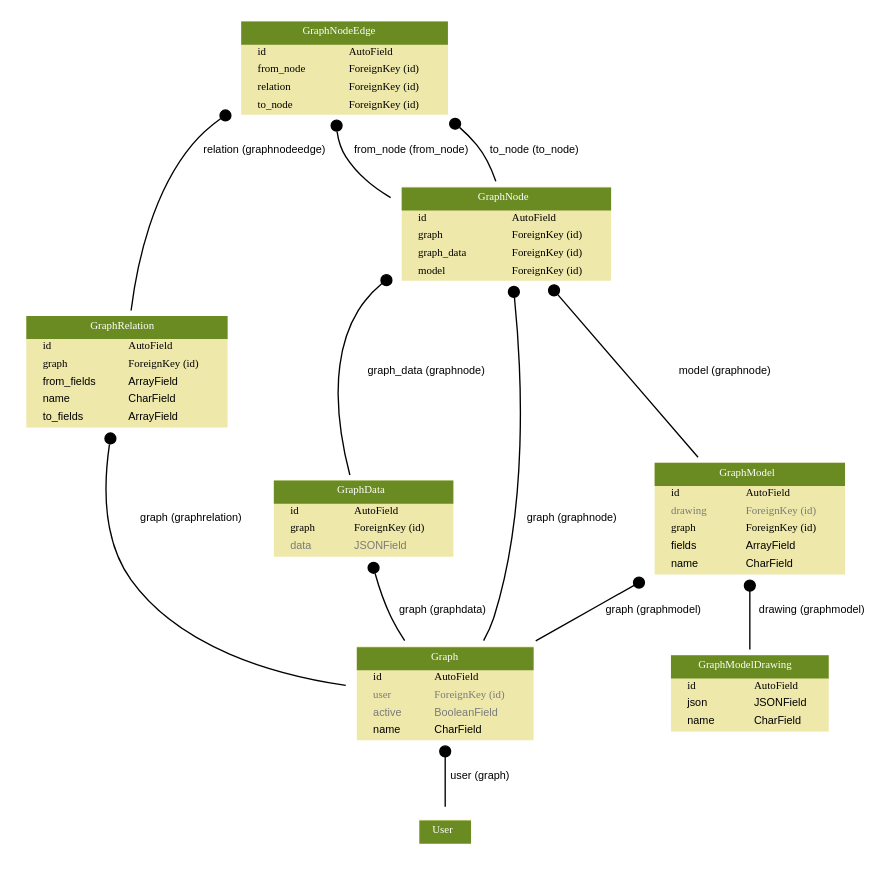
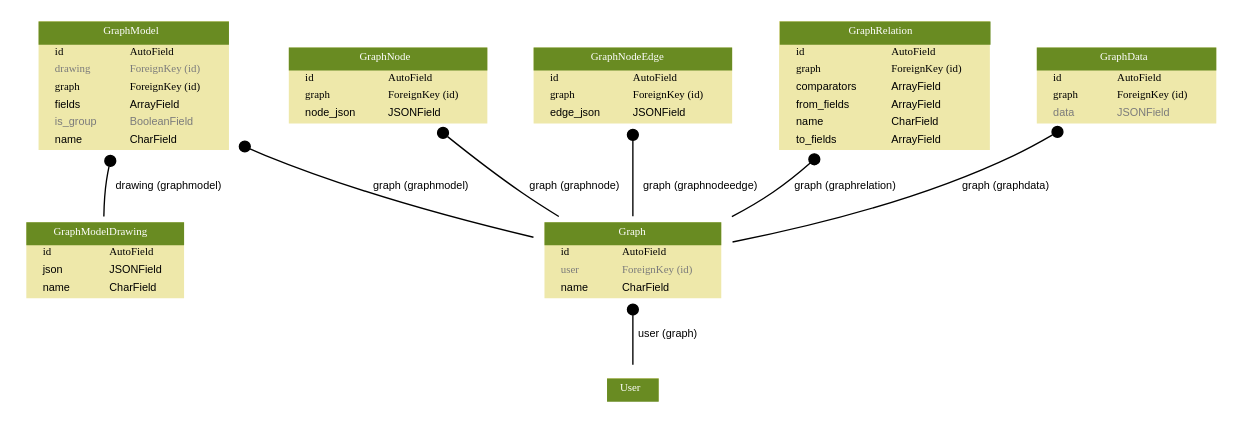
The diagram in data_graph.dot (antonioiksi/backend), drawn with Graphviz before and after one commit. The commit also changed 12 other files, not shown here.

```diff
--- a/data_graph.dot
+++ b/data_graph.dot
@@ -1,5 +1,5 @@
 digraph model_graph {
-	graph [bb="0,0,575.82,588",
+	graph [bb="0,0,838,280",
 		fontname=Helvetica,
 		fontsize=8,
 		splines=true
@@ -12,49 +12,7 @@
 	edge [fontname=Helvetica,
 		fontsize=8
 	];
-	apps_data_graph_models_GraphRelation_GraphRelation	 [height=1.1667,
-		label=<
-    <TABLE BGCOLOR="palegoldenrod" BORDER="0" CELLBORDER="0" CELLSPACING="0">
-    <TR><TD COLSPAN="2" CELLPADDING="4" ALIGN="CENTER" BGCOLOR="olivedrab4">
-    <FONT FACE="Helvetica Bold" COLOR="white">
-    GraphRelation
-    </FONT></TD></TR>
-  
-    <TR><TD ALIGN="LEFT" BORDER="0">
-    <FONT FACE="Helvetica Bold">id</FONT>
-    </TD><TD ALIGN="LEFT">
-    <FONT FACE="Helvetica Bold">AutoField</FONT>
-    </TD></TR>
-  
-    <TR><TD ALIGN="LEFT" BORDER="0">
-    <FONT FACE="Helvetica Bold">graph</FONT>
-    </TD><TD ALIGN="LEFT">
-    <FONT FACE="Helvetica Bold">ForeignKey (id)</FONT>
-    </TD></TR>
-  
-    <TR><TD ALIGN="LEFT" BORDER="0">
-    <FONT FACE="Helvetica ">from_fields</FONT>
-    </TD><TD ALIGN="LEFT">
-    <FONT FACE="Helvetica ">ArrayField</FONT>
-    </TD></TR>
-  
-    <TR><TD ALIGN="LEFT" BORDER="0">
-    <FONT FACE="Helvetica ">name</FONT>
-    </TD><TD ALIGN="LEFT">
-    <FONT FACE="Helvetica ">CharField</FONT>
-    </TD></TR>
-  
-    <TR><TD ALIGN="LEFT" BORDER="0">
-    <FONT FACE="Helvetica ">to_fields</FONT>
-    </TD><TD ALIGN="LEFT">
-    <FONT FACE="Helvetica ">ArrayField</FONT>
-    </TD></TR>
-  
-    </TABLE>
-    >,
-		pos="78,340",
-		width=2.1667];
-	apps_data_graph_models_model_graph_Graph	 [height=1,
+	apps_data_graph_models_Graph_Graph	 [height=0.83333,
 		label=<
     <TABLE BGCOLOR="palegoldenrod" BORDER="0" CELLBORDER="0" CELLSPACING="0">
     <TR><TD COLSPAN="2" CELLPADDING="4" ALIGN="CENTER" BGCOLOR="olivedrab4">
@@ -75,12 +33,6 @@
     </TD></TR>
   
     <TR><TD ALIGN="LEFT" BORDER="0">
-    <FONT COLOR="#7B7B7B" FACE="Helvetica ">active</FONT>
-    </TD><TD ALIGN="LEFT">
-    <FONT COLOR="#7B7B7B" FACE="Helvetica ">BooleanField</FONT>
-    </TD></TR>
-  
-    <TR><TD ALIGN="LEFT" BORDER="0">
     <FONT FACE="Helvetica ">name</FONT>
     </TD><TD ALIGN="LEFT">
     <FONT FACE="Helvetica ">CharField</FONT>
@@ -88,14 +40,8 @@
   
     </TABLE>
     >,
-		pos="294,116",
-		width=1.9167];
-	apps_data_graph_models_GraphRelation_GraphRelation -> apps_data_graph_models_model_graph_Graph	 [arrowhead=none,
-		arrowtail=dot,
-		dir=both,
-		label="graph (graphrelation)",
-		lp="118.36,238",
-		pos="s,66.899,297.68 65.573,289.48 61.255,259.68 61.453,222.71 80.289,196 97.585,171.48 169.26,147.96 224.89,132.85"];
+		pos="423,110",
+		width=1.9028];
 	django_contrib_auth_models_User	 [height=0.5,
 		label=<
   <TABLE BGCOLOR="palegoldenrod" BORDER="0" CELLBORDER="0" CELLSPACING="0">
@@ -104,15 +50,51 @@
   </TD></TR>
   </TABLE>
   >,
-		pos="294,18",
+		pos="423,18",
 		width=0.75];
-	apps_data_graph_models_model_graph_Graph -> django_contrib_auth_models_User	 [arrowhead=none,
+	apps_data_graph_models_Graph_Graph -> django_contrib_auth_models_User	 [arrowhead=none,
 		arrowtail=dot,
 		dir=both,
 		label="user (graph)",
-		lp="315.79,58",
-		pos="s,294,79.787 294,71.664 294,59.161 294,46.249 294,36.225"];
-	apps_data_graph_models_model_graph_GraphModel	 [height=1.1667,
+		lp="444.79,58",
+		pos="s,423,79.876 423,71.533 423,59.248 423,46.225 423,36.101"];
+	apps_data_graph_models_GraphData_GraphData	 [height=0.83333,
+		label=<
+    <TABLE BGCOLOR="palegoldenrod" BORDER="0" CELLBORDER="0" CELLSPACING="0">
+    <TR><TD COLSPAN="2" CELLPADDING="4" ALIGN="CENTER" BGCOLOR="olivedrab4">
+    <FONT FACE="Helvetica Bold" COLOR="white">
+    GraphData
+    </FONT></TD></TR>
+  
+    <TR><TD ALIGN="LEFT" BORDER="0">
+    <FONT FACE="Helvetica Bold">id</FONT>
+    </TD><TD ALIGN="LEFT">
+    <FONT FACE="Helvetica Bold">AutoField</FONT>
+    </TD></TR>
+  
+    <TR><TD ALIGN="LEFT" BORDER="0">
+    <FONT FACE="Helvetica Bold">graph</FONT>
+    </TD><TD ALIGN="LEFT">
+    <FONT FACE="Helvetica Bold">ForeignKey (id)</FONT>
+    </TD></TR>
+  
+    <TR><TD ALIGN="LEFT" BORDER="0">
+    <FONT COLOR="#7B7B7B" FACE="Helvetica ">data</FONT>
+    </TD><TD ALIGN="LEFT">
+    <FONT COLOR="#7B7B7B" FACE="Helvetica ">JSONField</FONT>
+    </TD></TR>
+  
+    </TABLE>
+    >,
+		pos="768,232",
+		width=1.9444];
+	apps_data_graph_models_GraphData_GraphData -> apps_data_graph_models_Graph_Graph	 [arrowhead=none,
+		arrowtail=dot,
+		dir=both,
+		label="graph (graphdata)",
+		lp="671.02,162",
+		pos="s,723.15,201.97 716.15,197.88 707.3,192.83 698.04,187.98 689,184 624.52,155.58 546.38,135.4 491.54,123.37"];
+	apps_data_graph_models_GraphModel_GraphModel	 [height=1.3333,
 		label=<
     <TABLE BGCOLOR="palegoldenrod" BORDER="0" CELLBORDER="0" CELLSPACING="0">
     <TR><TD COLSPAN="2" CELLPADDING="4" ALIGN="CENTER" BGCOLOR="olivedrab4">
@@ -145,6 +127,12 @@
     </TD></TR>
   
     <TR><TD ALIGN="LEFT" BORDER="0">
+    <FONT COLOR="#7B7B7B" FACE="Helvetica ">is_group</FONT>
+    </TD><TD ALIGN="LEFT">
+    <FONT COLOR="#7B7B7B" FACE="Helvetica ">BooleanField</FONT>
+    </TD></TR>
+  
+    <TR><TD ALIGN="LEFT" BORDER="0">
     <FONT FACE="Helvetica ">name</FONT>
     </TD><TD ALIGN="LEFT">
     <FONT FACE="Helvetica ">CharField</FONT>
@@ -152,15 +140,15 @@
   
     </TABLE>
     >,
-		pos="498,238",
+		pos="76,232",
 		width=2.0556];
-	apps_data_graph_models_model_graph_GraphModel -> apps_data_graph_models_model_graph_Graph	 [arrowhead=none,
+	apps_data_graph_models_GraphModel_GraphModel -> apps_data_graph_models_Graph_Graph	 [arrowhead=none,
 		arrowtail=dot,
 		dir=both,
 		label="graph (graphmodel)",
-		lp="431.13,174",
-		pos="s,427.51,195.84 420.46,191.63 398.55,178.52 375.04,164.47 354.31,152.07"];
-	apps_data_graph_models_model_graph_GraphModelDrawing	 [height=0.83333,
+		lp="270.13,162",
+		pos="s,150.22,190.47 157.64,187.12 160.1,186.04 162.56,184.99 165,184 227.35,158.59 301.52,138.29 354.29,125.42"];
+	apps_data_graph_models_GraphModelDrawing_GraphModelDrawing	 [height=0.83333,
 		label=<
     <TABLE BGCOLOR="palegoldenrod" BORDER="0" CELLBORDER="0" CELLSPACING="0">
     <TR><TD COLSPAN="2" CELLPADDING="4" ALIGN="CENTER" BGCOLOR="olivedrab4">
@@ -188,51 +176,15 @@
   
     </TABLE>
     >,
-		pos="498,116",
+		pos="64,110",
 		width=1.7778];
-	apps_data_graph_models_model_graph_GraphModel -> apps_data_graph_models_model_graph_GraphModelDrawing	 [arrowhead=none,
+	apps_data_graph_models_GraphModel_GraphModel -> apps_data_graph_models_GraphModelDrawing_GraphModelDrawing	 [arrowhead=none,
 		arrowtail=dot,
 		dir=both,
 		label="drawing (graphmodel)",
-		lp="536.91,174",
-		pos="s,498,195.67 498,187.54 498,173.55 498,158.79 498,146.34"];
-	apps_data_graph_models_model_graph_data_GraphData	 [height=0.83333,
-		label=<
-    <TABLE BGCOLOR="palegoldenrod" BORDER="0" CELLBORDER="0" CELLSPACING="0">
-    <TR><TD COLSPAN="2" CELLPADDING="4" ALIGN="CENTER" BGCOLOR="olivedrab4">
-    <FONT FACE="Helvetica Bold" COLOR="white">
-    GraphData
-    </FONT></TD></TR>
-  
-    <TR><TD ALIGN="LEFT" BORDER="0">
-    <FONT FACE="Helvetica Bold">id</FONT>
-    </TD><TD ALIGN="LEFT">
-    <FONT FACE="Helvetica Bold">AutoField</FONT>
-    </TD></TR>
-  
-    <TR><TD ALIGN="LEFT" BORDER="0">
-    <FONT FACE="Helvetica Bold">graph</FONT>
-    </TD><TD ALIGN="LEFT">
-    <FONT FACE="Helvetica Bold">ForeignKey (id)</FONT>
-    </TD></TR>
-  
-    <TR><TD ALIGN="LEFT" BORDER="0">
-    <FONT COLOR="#7B7B7B" FACE="Helvetica ">data</FONT>
-    </TD><TD ALIGN="LEFT">
-    <FONT COLOR="#7B7B7B" FACE="Helvetica ">JSONField</FONT>
-    </TD></TR>
-  
-    </TABLE>
-    >,
-		pos="234,238",
-		width=1.9444];
-	apps_data_graph_models_model_graph_data_GraphData -> apps_data_graph_models_model_graph_Graph	 [arrowhead=none,
-		arrowtail=dot,
-		dir=both,
-		label="graph (graphdata)",
-		lp="293.02,174",
-		pos="s,245.33,207.79 248.35,200.32 252.46,190.33 257.14,179.65 261.96,170 264.88,164.15 268.19,158.07 271.55,152.2"];
-	apps_data_graph_models_model_graph_data_GraphNode	 [height=1,
+		lp="104.91,162",
+		pos="s,67.294,183.8 66.224,175.66 65.827,172.4 65.475,169.16 65.184,166 64.417,157.67 64.032,148.62 63.859,140.27"];
+	apps_data_graph_models_GraphNode_GraphNode	 [height=0.83333,
 		label=<
     <TABLE BGCOLOR="palegoldenrod" BORDER="0" CELLBORDER="0" CELLSPACING="0">
     <TR><TD COLSPAN="2" CELLPADDING="4" ALIGN="CENTER" BGCOLOR="olivedrab4">
@@ -253,40 +205,22 @@
     </TD></TR>
   
     <TR><TD ALIGN="LEFT" BORDER="0">
-    <FONT FACE="Helvetica Bold">graph_data</FONT>
+    <FONT FACE="Helvetica ">node_json</FONT>
     </TD><TD ALIGN="LEFT">
-    <FONT FACE="Helvetica Bold">ForeignKey (id)</FONT>
-    </TD></TR>
-  
-    <TR><TD ALIGN="LEFT" BORDER="0">
-    <FONT FACE="Helvetica Bold">model</FONT>
-    </TD><TD ALIGN="LEFT">
-    <FONT FACE="Helvetica Bold">ForeignKey (id)</FONT>
+    <FONT FACE="Helvetica ">JSONField</FONT>
     </TD></TR>
   
     </TABLE>
     >,
-		pos="334,436",
-		width=2.2222];
-	apps_data_graph_models_model_graph_data_GraphNode -> apps_data_graph_models_model_graph_Graph	 [arrowhead=none,
+		pos="251,232",
+		width=2.1389];
+	apps_data_graph_models_GraphNode_GraphNode -> apps_data_graph_models_Graph_Graph	 [arrowhead=none,
 		arrowtail=dot,
 		dir=both,
 		label="graph (graphnode)",
-		lp="375.13,238",
-		pos="s,338.52,399.84 339.32,391.56 344.24,337.88 347.88,245.39 326,170 324.24,163.93 321.63,157.84 318.65,152.05"];
-	apps_data_graph_models_model_graph_data_GraphNode -> apps_data_graph_models_model_graph_GraphModel	 [arrowhead=none,
-		arrowtail=dot,
-		dir=both,
-		label="model (graphnode)",
-		lp="477.8,340",
-		pos="s,364.08,399.68 369.47,393.18 397.16,359.75 435.42,313.55 462.99,280.27"];
-	apps_data_graph_models_model_graph_data_GraphNode -> apps_data_graph_models_model_graph_data_GraphData	 [arrowhead=none,
-		arrowtail=dot,
-		dir=both,
-		label="graph_data (graphnode)",
-		lp="282.14,340",
-		pos="s,254.68,399.71 248.94,394.09 245.46,390.36 242.34,386.34 239.71,382 218.76,347.45 221.97,299.18 227.19,268.26"];
-	apps_data_graph_models_model_graph_data_GraphNodeEdge	 [height=1,
+		lp="386.13,162",
+		pos="s,291.88,201.84 298.53,196.98 315.55,184.56 334.92,170.55 352.73,158 361.06,152.13 370.01,145.93 378.63,140.02"];
+	apps_data_graph_models_GraphNode_GraphNodeEdge	 [height=0.83333,
 		label=<
     <TABLE BGCOLOR="palegoldenrod" BORDER="0" CELLBORDER="0" CELLSPACING="0">
     <TR><TD COLSPAN="2" CELLPADDING="4" ALIGN="CENTER" BGCOLOR="olivedrab4">
@@ -301,43 +235,79 @@
     </TD></TR>
   
     <TR><TD ALIGN="LEFT" BORDER="0">
-    <FONT FACE="Helvetica Bold">from_node</FONT>
+    <FONT FACE="Helvetica Bold">graph</FONT>
     </TD><TD ALIGN="LEFT">
     <FONT FACE="Helvetica Bold">ForeignKey (id)</FONT>
     </TD></TR>
   
     <TR><TD ALIGN="LEFT" BORDER="0">
-    <FONT FACE="Helvetica Bold">relation</FONT>
+    <FONT FACE="Helvetica ">edge_json</FONT>
+    </TD><TD ALIGN="LEFT">
+    <FONT FACE="Helvetica ">JSONField</FONT>
+    </TD></TR>
+  
+    </TABLE>
+    >,
+		pos="423,232",
+		width=2.1389];
+	apps_data_graph_models_GraphNode_GraphNodeEdge -> apps_data_graph_models_Graph_Graph	 [arrowhead=none,
+		arrowtail=dot,
+		dir=both,
+		label="graph (graphnodeedge)",
+		lp="465.03,162",
+		pos="s,423,201.84 423,193.64 423,176.41 423,156.38 423,140.23"];
+	apps_data_graph_models_GraphRelation_GraphRelation	 [height=1.3333,
+		label=<
+    <TABLE BGCOLOR="palegoldenrod" BORDER="0" CELLBORDER="0" CELLSPACING="0">
+    <TR><TD COLSPAN="2" CELLPADDING="4" ALIGN="CENTER" BGCOLOR="olivedrab4">
+    <FONT FACE="Helvetica Bold" COLOR="white">
+    GraphRelation
+    </FONT></TD></TR>
+  
+    <TR><TD ALIGN="LEFT" BORDER="0">
+    <FONT FACE="Helvetica Bold">id</FONT>
+    </TD><TD ALIGN="LEFT">
+    <FONT FACE="Helvetica Bold">AutoField</FONT>
+    </TD></TR>
+  
+    <TR><TD ALIGN="LEFT" BORDER="0">
+    <FONT FACE="Helvetica Bold">graph</FONT>
     </TD><TD ALIGN="LEFT">
     <FONT FACE="Helvetica Bold">ForeignKey (id)</FONT>
     </TD></TR>
   
     <TR><TD ALIGN="LEFT" BORDER="0">
-    <FONT FACE="Helvetica Bold">to_node</FONT>
+    <FONT FACE="Helvetica ">comparators</FONT>
     </TD><TD ALIGN="LEFT">
-    <FONT FACE="Helvetica Bold">ForeignKey (id)</FONT>
+    <FONT FACE="Helvetica ">ArrayField</FONT>
+    </TD></TR>
+  
+    <TR><TD ALIGN="LEFT" BORDER="0">
+    <FONT FACE="Helvetica ">from_fields</FONT>
+    </TD><TD ALIGN="LEFT">
+    <FONT FACE="Helvetica ">ArrayField</FONT>
+    </TD></TR>
+  
+    <TR><TD ALIGN="LEFT" BORDER="0">
+    <FONT FACE="Helvetica ">name</FONT>
+    </TD><TD ALIGN="LEFT">
+    <FONT FACE="Helvetica ">CharField</FONT>
+    </TD></TR>
+  
+    <TR><TD ALIGN="LEFT" BORDER="0">
+    <FONT FACE="Helvetica ">to_fields</FONT>
+    </TD><TD ALIGN="LEFT">
+    <FONT FACE="Helvetica ">ArrayField</FONT>
     </TD></TR>
   
     </TABLE>
     >,
-		pos="227,552",
-		width=2.2083];
-	apps_data_graph_models_model_graph_data_GraphNodeEdge -> apps_data_graph_models_GraphRelation_GraphRelation	 [arrowhead=none,
+		pos="599,232",
+		width=2.25];
+	apps_data_graph_models_GraphRelation_GraphRelation -> apps_data_graph_models_Graph_Graph	 [arrowhead=none,
 		arrowtail=dot,
 		dir=both,
-		label="relation (graphnodeedge)",
-		lp="176.92,494",
-		pos="s,150.16,515.92 143.75,510.73 139.18,506.79 134.92,502.55 131.16,498 103.67,464.77 90.172,416.7 83.691,382.32"];
-	apps_data_graph_models_model_graph_data_GraphNodeEdge -> apps_data_graph_models_model_graph_data_GraphNode	 [arrowhead=none,
-		arrowtail=dot,
-		dir=both,
-		label="from_node (from_node)",
-		lp="269.02,494",
-		pos="s,221.24,515.71 221.89,507.73 222.77,501.45 224.63,495.33 227.96,490 234.46,479.57 243.67,471.07 253.98,464.17"];
-	apps_data_graph_models_model_graph_data_GraphNodeEdge -> apps_data_graph_models_model_graph_data_GraphNode	 [arrowhead=none,
-		arrowtail=dot,
-		dir=both,
-		label="to_node (to_node)",
-		lp="349.69,494",
-		pos="s,293.8,515.98 299.94,510.73 304.32,506.76 308.4,502.51 312,498 317.98,490.5 322.4,481.24 325.65,472.19"];
+		label="graph (graphrelation)",
+		lp="558.36,162",
+		pos="s,544.94,183.67 538.46,178.43 529.47,171.27 520.15,164.25 511,158 501.95,151.82 492.02,145.77 482.2,140.17"];
 }
```
